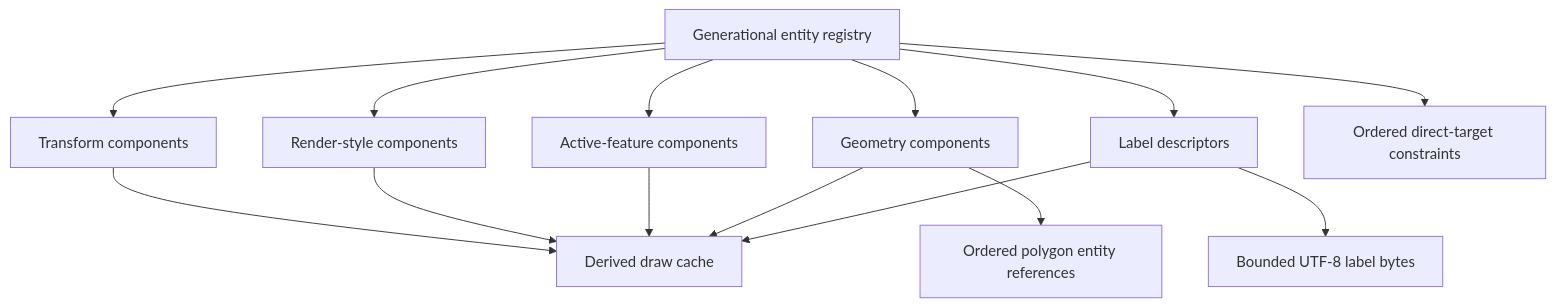
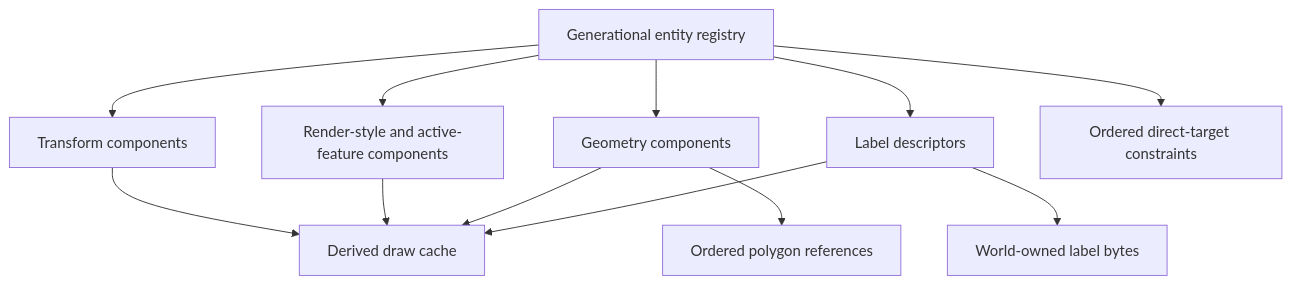
The first of 4 diagrams in docs/wiki/Guides/ShapeSystem.md (derekshoneycutt/Euclid), drawn with Mermaid before and after one commit. The commit also changed other lines of this file and 11 other files, not shown here.

````diff
--- a/docs/wiki/Guides/ShapeSystem.md
+++ b/docs/wiki/Guides/ShapeSystem.md
@@ -60,17 +55,15 @@
 ```mermaid
 flowchart TD
-    R[Generational entity registry]
-    R --> T[Transform components]
-    R --> S[Render-style components]
-    R --> A[Active-feature components]
-    R --> G[Geometry components]
-    R --> L[Label descriptors]
-    G --> V[Ordered polygon entity references]
-    L --> B[Bounded UTF-8 label bytes]
-    R --> C[Ordered direct-target constraints]
-    T --> D[Derived draw cache]
-    S --> D
-    A --> D
-    G --> D
-    L --> D
+    Registry[Generational entity registry]
+    Registry --> Transform[Transform components]
+    Registry --> Style[Render-style and active-feature components]
+    Registry --> Geometry[Geometry components]
+    Registry --> Label[Label descriptors]
+    Geometry --> Topology[Ordered polygon references]
+    Label --> Bytes[World-owned label bytes]
+    Registry --> Constraints[Ordered direct-target constraints]
+    Transform --> Cache[Derived draw cache]
+    Style --> Cache
+    Geometry --> Cache
+    Label --> Cache
 ```
````
